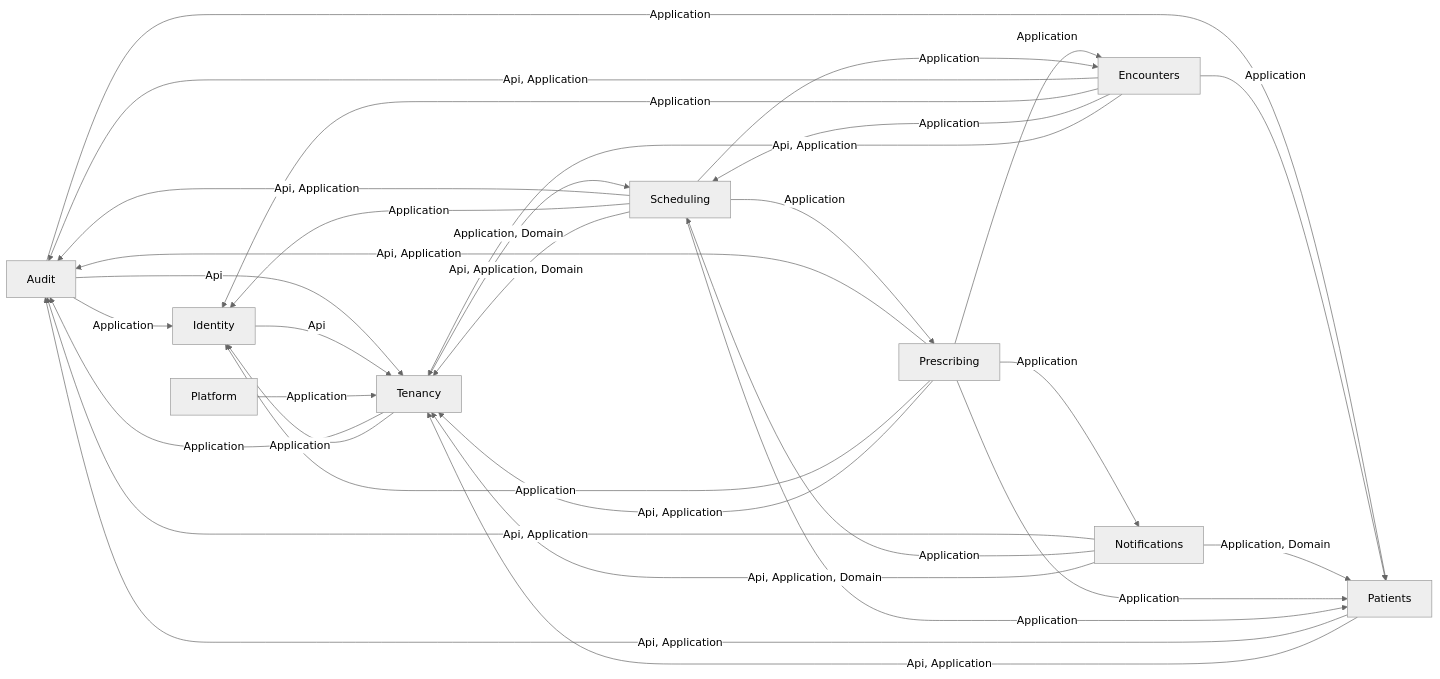
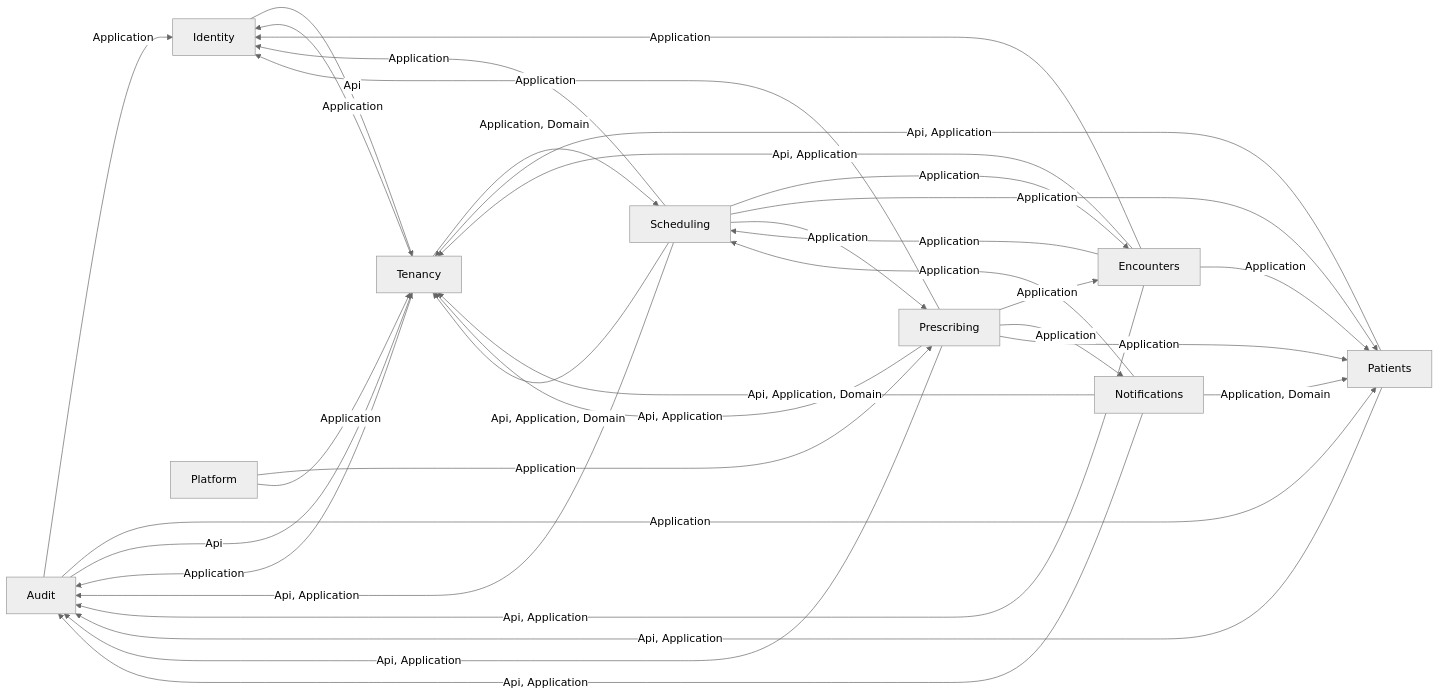
One commit to ALFRED-LUCIFER/medvya changed the second of 14 diagrams in docs/03-architecture/erd.md. Above: the diagram before and after it, drawn with Mermaid (neutral theme). The commit also changed other lines of this file and 65 other files, not shown here.

````diff
--- a/docs/03-architecture/erd.md
+++ b/docs/03-architecture/erd.md
@@ -56,34 +56,35 @@
 ```mermaid
 flowchart LR
   Audit -->|"Application"| Identity
   Audit -->|"Application"| Patients
   Audit -->|"Api"| Tenancy
   Encounters -->|"Api, Application"| Audit
   Encounters -->|"Application"| Identity
   Encounters -->|"Application"| Patients
   Encounters -->|"Application"| Scheduling
   Encounters -->|"Api, Application"| Tenancy
   Identity -->|"Api"| Tenancy
   Notifications -->|"Api, Application"| Audit
   Notifications -->|"Application, Domain"| Patients
   Notifications -->|"Application"| Scheduling
   Notifications -->|"Api, Application, Domain"| Tenancy
   Patients -->|"Api, Application"| Audit
   Patients -->|"Api, Application"| Tenancy
+  Platform -->|"Application"| Prescribing
   Platform -->|"Application"| Tenancy
   Prescribing -->|"Api, Application"| Audit
   Prescribing -->|"Application"| Encounters
   Prescribing -->|"Application"| Identity
   Prescribing -->|"Application"| Notifications
   Prescribing -->|"Application"| Patients
   Prescribing -->|"Api, Application"| Tenancy
   Scheduling -->|"Api, Application"| Audit
   Scheduling -->|"Application"| Encounters
   Scheduling -->|"Application"| Identity
   Scheduling -->|"Application"| Patients
   Scheduling -->|"Application"| Prescribing
   Scheduling -->|"Api, Application, Domain"| Tenancy
   Tenancy -->|"Application"| Audit
   Tenancy -->|"Application"| Identity
   Tenancy -->|"Application, Domain"| Scheduling
 ```
````
